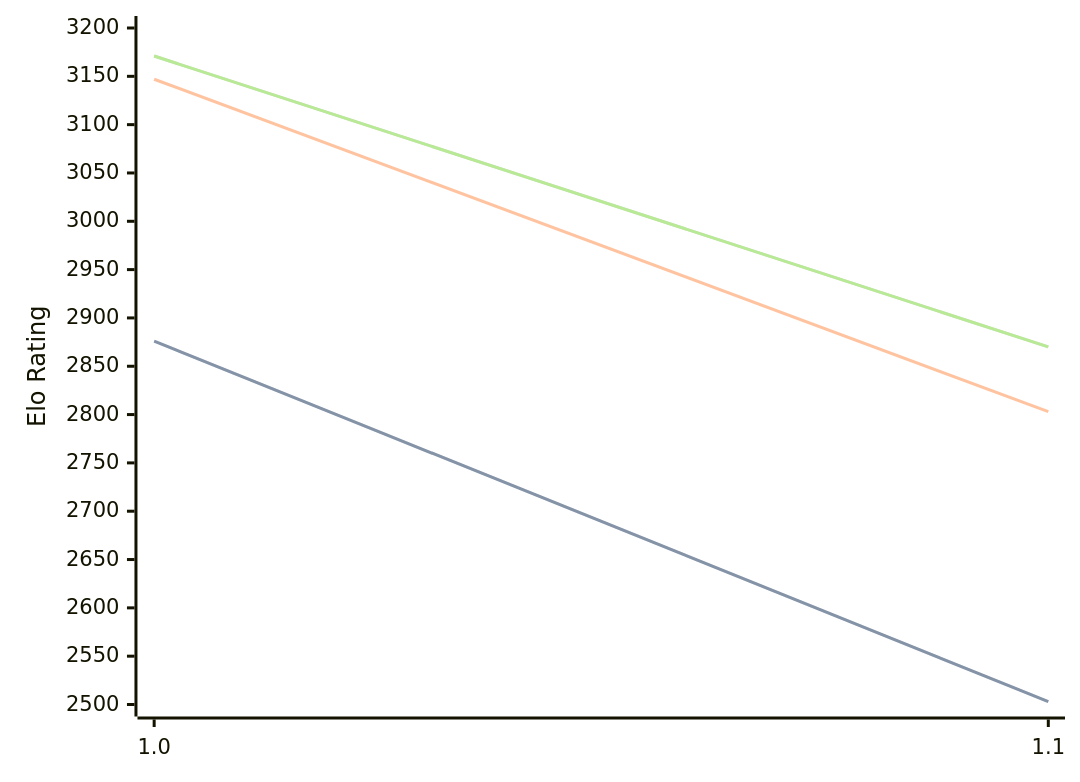
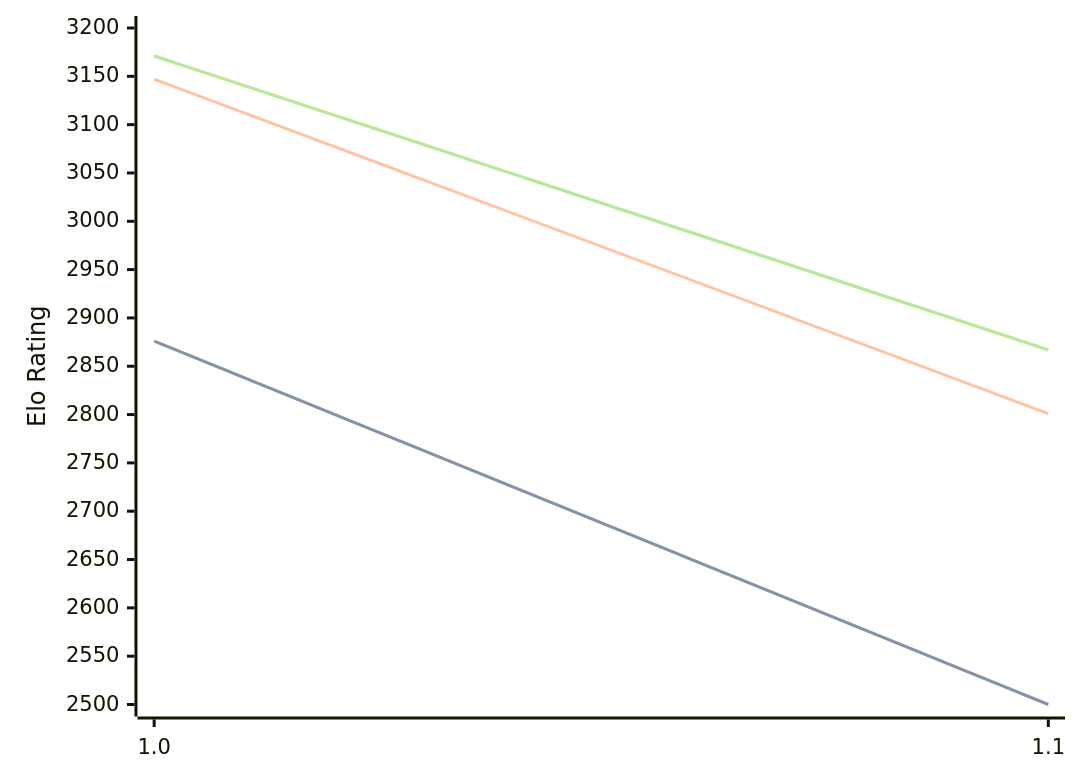
The diagram in engines/Publius.md (computer-chess-index/cci), drawn with Mermaid before and after one commit. The commit also changed other lines of this file, not shown here.

Commit message:
Update CCI Ratings (ELO VLTC) - 2026-03-15

````diff
--- a/engines/Publius.md
+++ b/engines/Publius.md
@@ -30,11 +30,11 @@
 ```mermaid
 %%{init: {"theme":"base","themeVariables":{"seriesColors:['#a3a3a3','#222221','#faa371']}}}%%
 xychart-beta
   x-axis ["1.0", "1.1"]
   y-axis "Elo Rating" 2500 --> 3200
-  line "STC (8.0+0.08s)" [2876, 2503]
-  line "STC (8.0+0.08s)" [2876, 2503]
-  line "LTC (60.0+0.60s)" [3147, 2803]
-  line "VLTC (2m24s+1.12s)" [3171, 2870]
-  line "VLTC (2m24s+1.12s)" [3171, 2870]
+  line "STC (8.0+0.08s)" [2876, 2500]
+  line "STC (8.0+0.08s)" [2876, 2500]
+  line "LTC (60.0+0.60s)" [3147, 2801]
+  line "VLTC (2m24s+1.12s)" [3171, 2867]
+  line "VLTC (2m24s+1.12s)" [3171, 2867]
 ```
````
